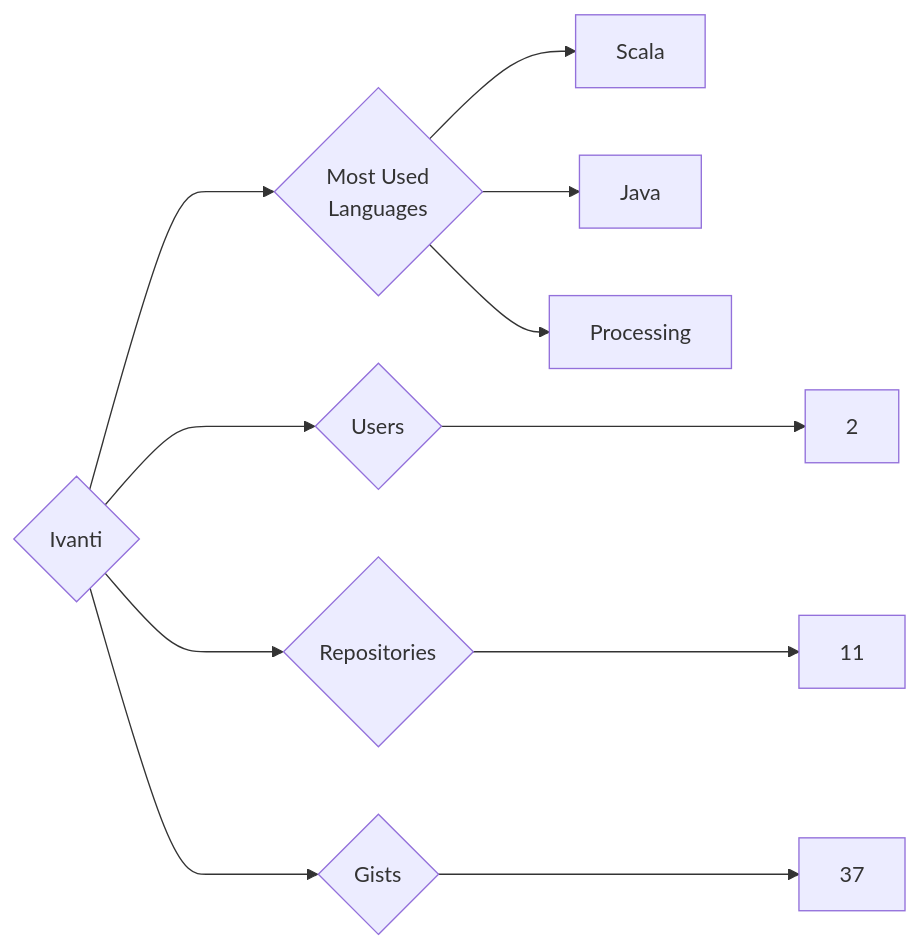
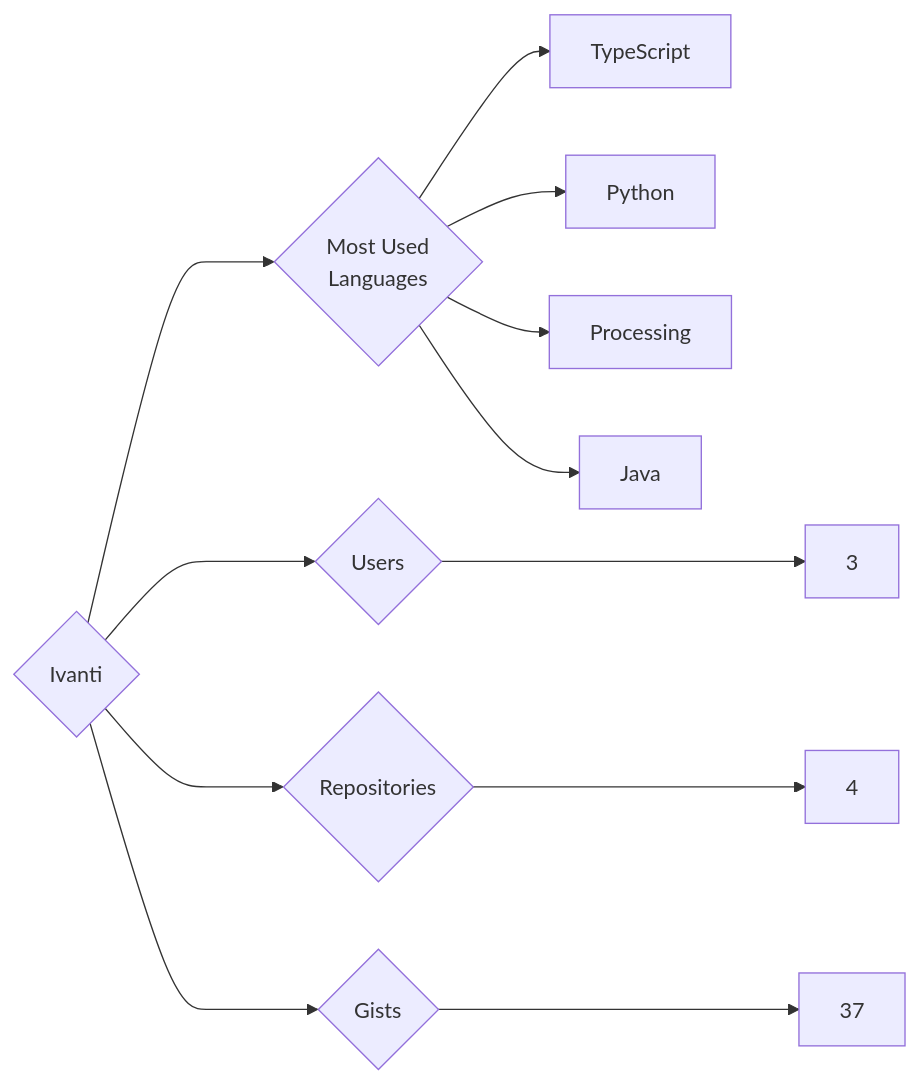
Before and after one commit to trickest/insiders: the diagram in targets/Ivanti/README.md, drawn with Mermaid. The commit also changed 1088 other files, not shown here.

````diff
--- a/targets/Ivanti/README.md
+++ b/targets/Ivanti/README.md
@@ -3,11 +3,12 @@
 ```mermaid
 graph LR
 COMPANY_NAME{Ivanti}
-COMPANY_NAME ---> U{Users} ---> UN[2]
-COMPANY_NAME ---> R{Repositories} ---> RN[11]
+COMPANY_NAME ---> U{Users} ---> UN[3]
+COMPANY_NAME ---> R{Repositories} ---> RN[4]
 COMPANY_NAME ---> G{Gists} ---> GN[37]
 COMPANY_NAME ---> ML{Most Used<br>Languages}
-ML --> Scala[Scala]
+ML --> TypeScript[TypeScript]
+ML --> Python[Python]
+ML --> Processing[Processing]
 ML --> Java[Java]
-ML --> Processing[Processing]
 ```
````
